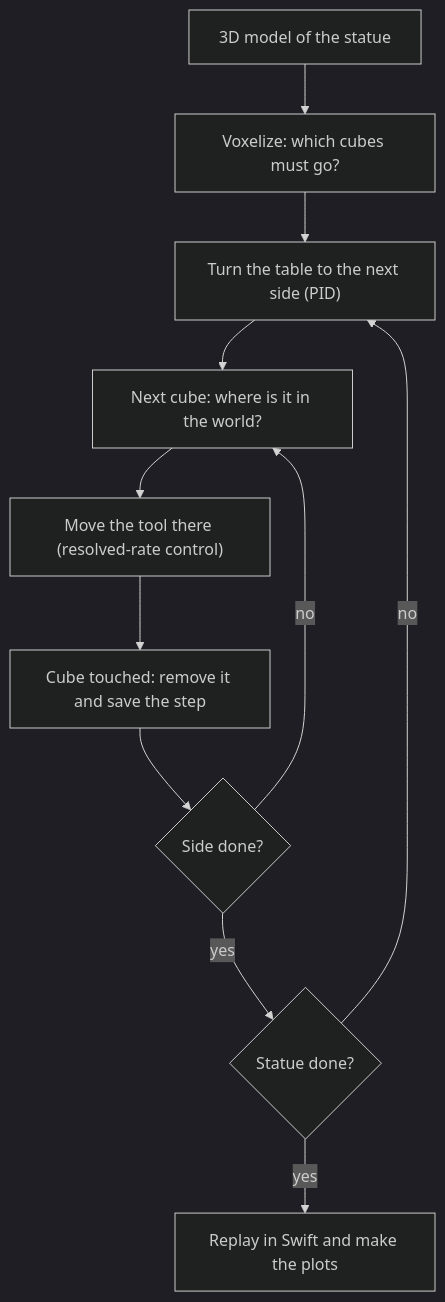
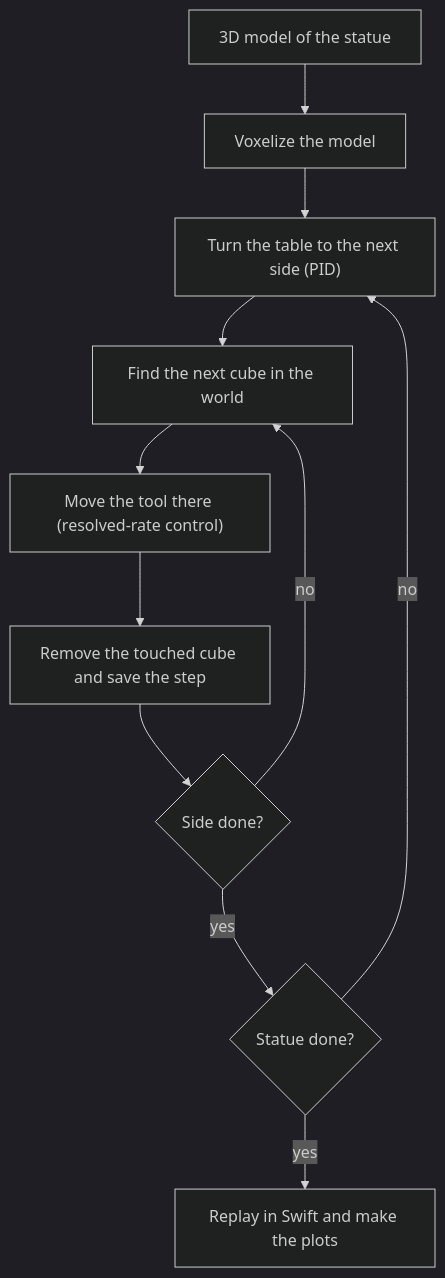
One commit to Aokiri/sculptor-robot changed the diagram in README.md. Above: the diagram before and after it, drawn with Mermaid (dark theme). The commit also changed other lines of this file and 8 other files, not shown here.

````diff
--- a/README.md
+++ b/README.md
@@ -15,13 +15,13 @@
 ```mermaid
 flowchart TD
-    A["3D model of the statue"] --> B["Voxelize: which cubes must go?"]
+    A["3D model of the statue"] --> B["Voxelize the model"]
     B --> C["Turn the table to the next side (PID)"]
-    C --> D["Next cube: where is it in the world?"]
+    C --> D["Find the next cube in the world"]
     D --> E["Move the tool there (resolved-rate control)"]
-    E --> F["Cube touched: remove it and save the step"]
+    E --> F["Remove the touched cube and save the step"]
     F --> G{"Side done?"}
     G -- no --> D
     G -- yes --> H{"Statue done?"}
     H -- no --> C
     H -- yes --> I["Replay in Swift and make the plots"]
 ```
````
